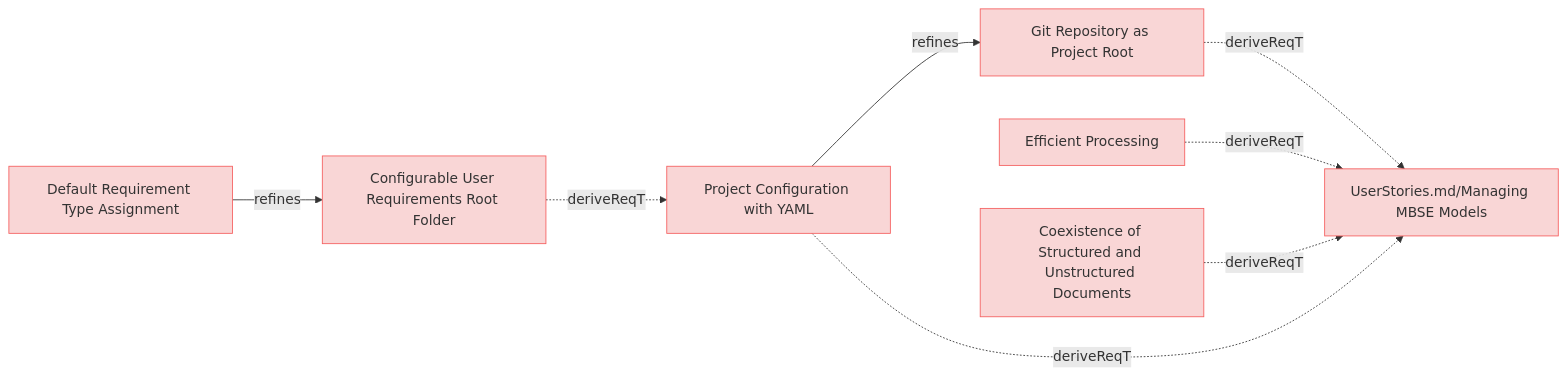
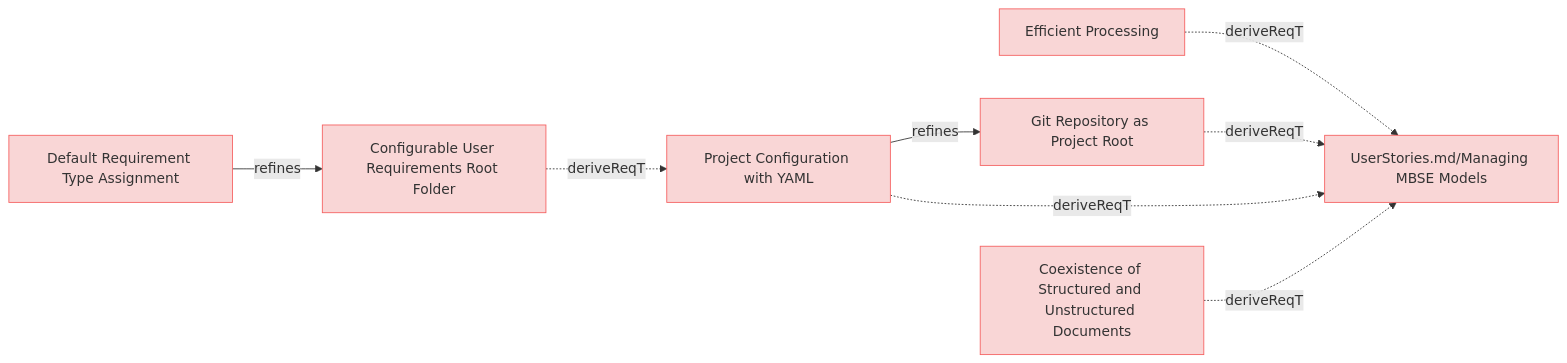
Before and after one commit to reqvire-org/reqvire: the diagram in specifications/ManagingMbseModelsRequirements.md, drawn with Mermaid. The commit also changed 44 other files, not shown here.

Commit message:
Diagrams bug fixes. Test improvements.

````diff
--- a/specifications/ManagingMbseModelsRequirements.md
+++ b/specifications/ManagingMbseModelsRequirements.md
@@ -4,37 +4,37 @@
 ```mermaid
 graph LR;
   %% Graph styling
   classDef requirement fill:#f9d6d6,stroke:#f55f5f,stroke-width:1px;
   classDef verification fill:#d6f9d6,stroke:#5fd75f,stroke-width:1px;
   classDef externalLink fill:#d0e0ff,stroke:#3080ff,stroke-width:1px;
   classDef default fill:#f5f5f5,stroke:#333333,stroke-width:1px;
 
+  d193d11c43776bec["Efficient Processing"];
+  class d193d11c43776bec requirement;
+  click d193d11c43776bec "ManagingMbseModelsRequirements.md#efficient-processing";
+  e61b7c1baa89bfc6["UserStories.md/Managing MBSE Models"];
+  class e61b7c1baa89bfc6 requirement;
+  click e61b7c1baa89bfc6 "UserStories.md#managing-mbse-models";
+  d193d11c43776bec -.->|deriveReqT| e61b7c1baa89bfc6;
+  c9cc6878a73bb951["Default Requirement Type Assignment"];
+  class c9cc6878a73bb951 requirement;
+  click c9cc6878a73bb951 "ManagingMbseModelsRequirements.md#default-requirement-type-assignment";
   d9354ef2eca0f2d0["Configurable User Requirements Root Folder"];
-  click d9354ef2eca0f2d0 "specifications/ManagingMbseModelsRequirements.md#configurable-user-requirements-root-folder#configurable-user-requirements-root-folder";
   class d9354ef2eca0f2d0 requirement;
+  click d9354ef2eca0f2d0 "ManagingMbseModelsRequirements.md#configurable-user-requirements-root-folder";
+  c9cc6878a73bb951 -->|refines| d9354ef2eca0f2d0;
+  649d72765b13e14f["Git Repository as Project Root"];
+  class 649d72765b13e14f requirement;
+  click 649d72765b13e14f "ManagingMbseModelsRequirements.md#git-repository-as-project-root";
+  649d72765b13e14f -.->|deriveReqT| e61b7c1baa89bfc6;
   16b4b380c917deb1["Project Configuration with YAML"];
   class 16b4b380c917deb1 requirement;
-  click 16b4b380c917deb1 "specifications/ManagingMbseModelsRequirements.md#project-configuration-with-yaml#project-configuration-with-yaml";
-  d9354ef2eca0f2d0 -.->|deriveReqT| 16b4b380c917deb1;
-  649d72765b13e14f["Git Repository as Project Root"];
-  click 649d72765b13e14f "specifications/ManagingMbseModelsRequirements.md#git-repository-as-project-root#git-repository-as-project-root";
-  class 649d72765b13e14f requirement;
-  e61b7c1baa89bfc6["UserStories.md/Managing MBSE Models"];
-  class e61b7c1baa89bfc6 requirement;
-  click e61b7c1baa89bfc6 "specifications/UserStories.md#managing-mbse-models#managing-mbse-models";
-  649d72765b13e14f -.->|deriveReqT| e61b7c1baa89bfc6;
-  c9cc6878a73bb951["Default Requirement Type Assignment"];
-  click c9cc6878a73bb951 "specifications/ManagingMbseModelsRequirements.md#default-requirement-type-assignment#default-requirement-type-assignment";
-  class c9cc6878a73bb951 requirement;
-  c9cc6878a73bb951 -->|refines| d9354ef2eca0f2d0;
-  d193d11c43776bec["Efficient Processing"];
-  click d193d11c43776bec "specifications/ManagingMbseModelsRequirements.md#efficient-processing#efficient-processing";
-  class d193d11c43776bec requirement;
-  d193d11c43776bec -.->|deriveReqT| e61b7c1baa89bfc6;
-  f0d721424636370e["Coexistence of Structured and Unstructured Documents"];
-  click f0d721424636370e "specifications/ManagingMbseModelsRequirements.md#coexistence-of-structured-and-unstructured-documents#coexistence-of-structured-and-unstructured-documents";
-  class f0d721424636370e requirement;
-  f0d721424636370e -.->|deriveReqT| e61b7c1baa89bfc6;
+  click 16b4b380c917deb1 "ManagingMbseModelsRequirements.md#project-configuration-with-yaml";
   16b4b380c917deb1 -.->|deriveReqT| e61b7c1baa89bfc6;
   16b4b380c917deb1 -->|refines| 649d72765b13e14f;
+  f0d721424636370e["Coexistence of Structured and Unstructured Documents"];
+  class f0d721424636370e requirement;
+  click f0d721424636370e "ManagingMbseModelsRequirements.md#coexistence-of-structured-and-unstructured-documents";
+  f0d721424636370e -.->|deriveReqT| e61b7c1baa89bfc6;
+  d9354ef2eca0f2d0 -.->|deriveReqT| 16b4b380c917deb1;
 ```
````
